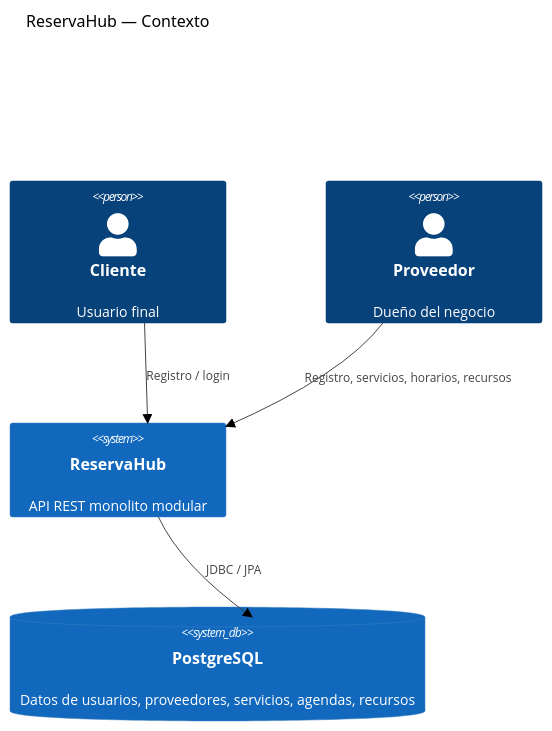
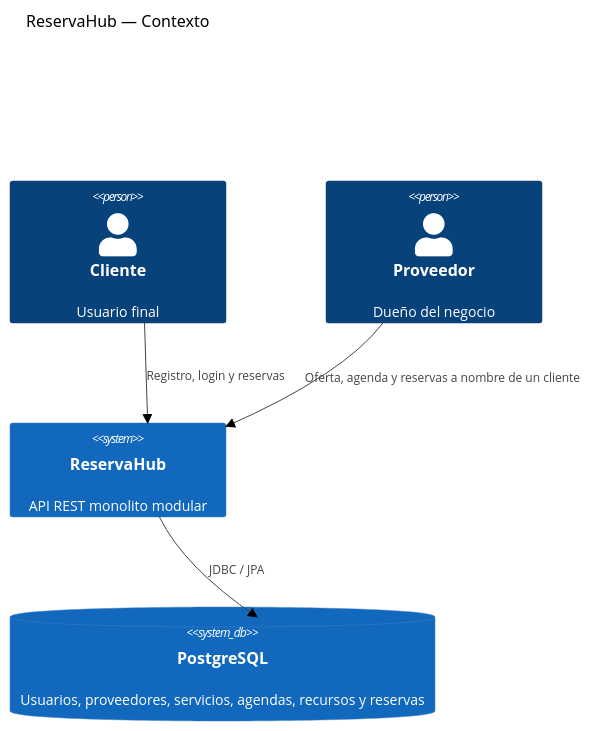
One commit to xMichaelz/CodeFactory2026-2-ReservationHub changed the first of 4 diagrams in docs/architecture/diagrams.md. Above: the diagram before and after it, drawn with Mermaid (forest theme). The commit also changed other lines of this file and 1 other file, not shown here.

````diff
--- a/docs/architecture/diagrams.md
+++ b/docs/architecture/diagrams.md
@@ -7,11 +7,11 @@
 ```mermaid
 C4Context
 title ReservaHub — Contexto
 Person(client, "Cliente", "Usuario final")
 Person(provider, "Proveedor", "Dueño del negocio")
 System(reservahub, "ReservaHub", "API REST monolito modular")
-SystemDb(pg, "PostgreSQL", "Datos de usuarios, proveedores, servicios, agendas, recursos")
-Rel(client, reservahub, "Registro / login")
-Rel(provider, reservahub, "Registro, servicios, horarios, recursos")
+SystemDb(pg, "PostgreSQL", "Usuarios, proveedores, servicios, agendas, recursos y reservas")
+Rel(client, reservahub, "Registro, login y reservas")
+Rel(provider, reservahub, "Oferta, agenda y reservas a nombre de un cliente")
 Rel(reservahub, pg, "JDBC / JPA")
 ```
````
